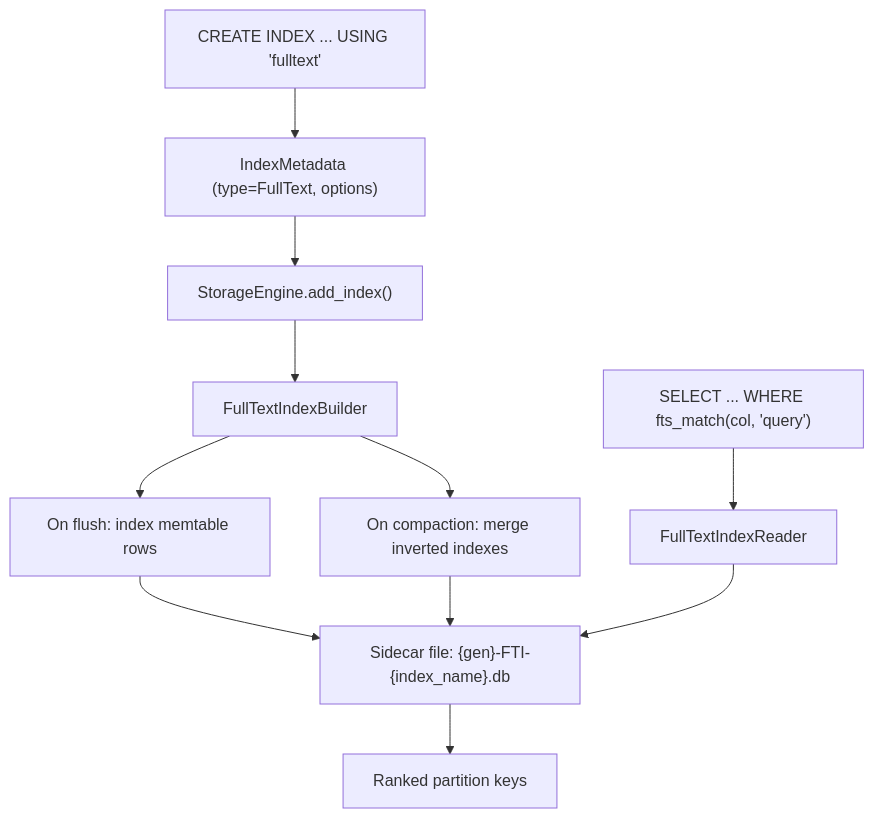
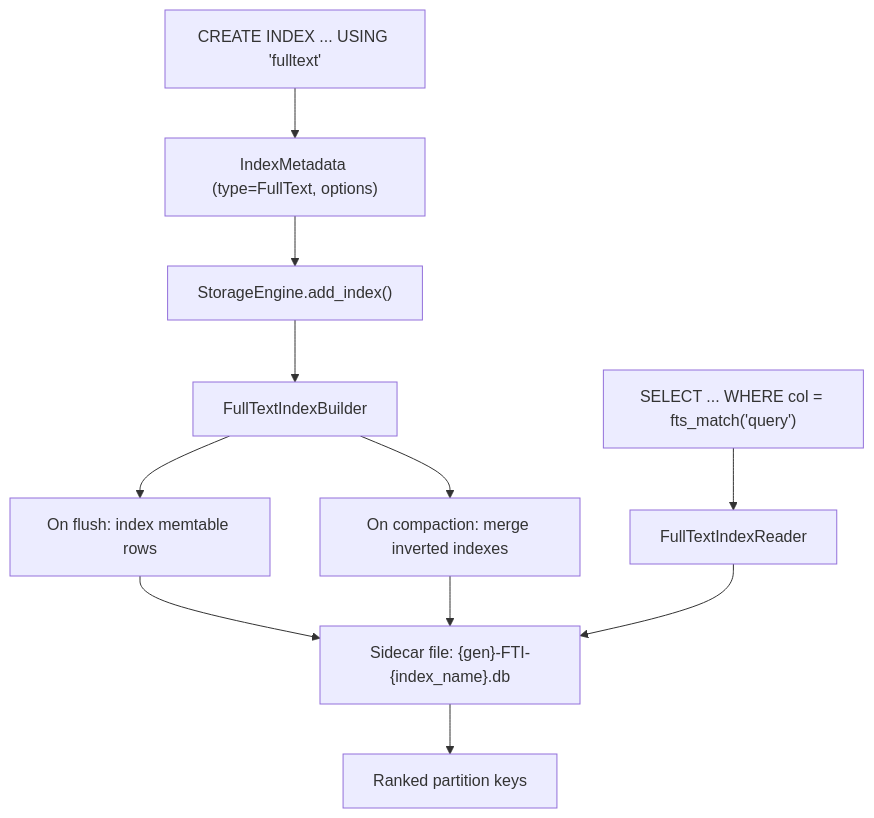
One commit to ferrosadb/ferrosa changed the diagram in specs/fulltext-index-architecture.md. Above: the diagram before and after it, drawn with Mermaid. The commit also changed other lines of this file and 7 other files, not shown here.

Commit message:
docs(cql): document supported fts_match predicate syntax

````diff
--- a/specs/fulltext-index-architecture.md
+++ b/specs/fulltext-index-architecture.md
@@ -18,19 +18,19 @@
 ```mermaid
 graph TD
     CQL["CREATE INDEX ... USING 'fulltext'"]
     Schema["IndexMetadata (type=FullText, options)"]
     Engine["StorageEngine.add_index()"]
     Builder["FullTextIndexBuilder"]
     Flush["On flush: index memtable rows"]
     Compact["On compaction: merge inverted indexes"]
     Sidecar["Sidecar file: {gen}-FTI-{index_name}.db"]
-    Query["SELECT ... WHERE fts_match(col, 'query')"]
+    Query["SELECT ... WHERE col = fts_match('query')"]
     Reader["FullTextIndexReader"]
     Results["Ranked partition keys"]
 
     CQL --> Schema --> Engine
     Engine --> Builder
     Builder --> Flush --> Sidecar
     Builder --> Compact --> Sidecar
     Query --> Reader --> Sidecar --> Results
 ```
````
